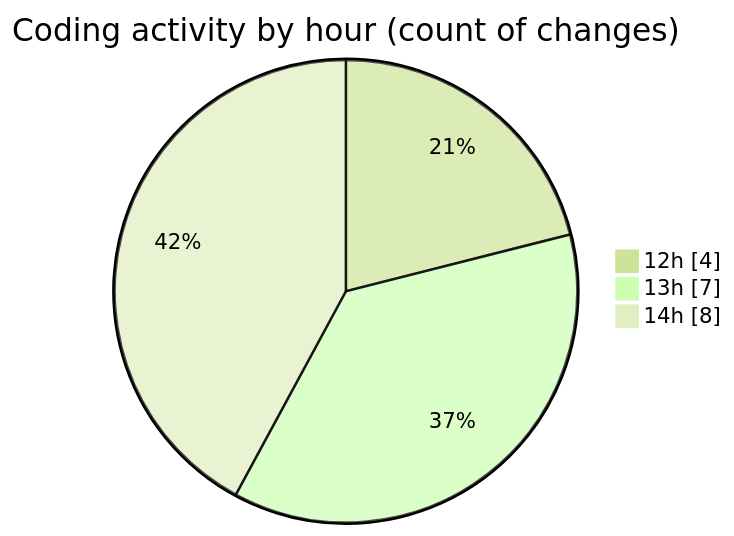
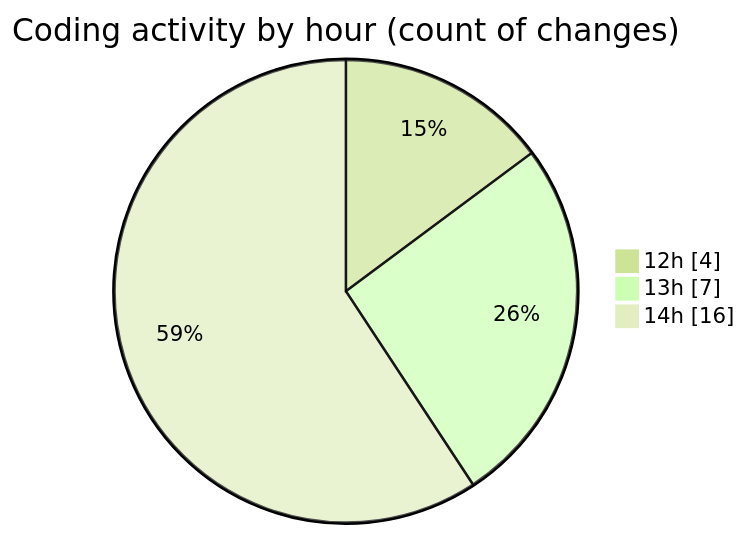
The second of 2 diagrams in 2025-10-25/untitled__workspace_/README.md (MatusMokan/code-tracking), drawn with Mermaid (forest theme) before and after one commit. The commit also changed other lines of this file and 1 other file, not shown here.

````diff
--- a/2025-10-25/untitled__workspace_/README.md
+++ b/2025-10-25/untitled__workspace_/README.md
@@ -28,7 +28,7 @@
 ```mermaid
 pie showData
 title Coding activity by hour (count of changes)
 "12h" : 4
 "13h" : 7
-"14h" : 8
+"14h" : 16
 ```
````
